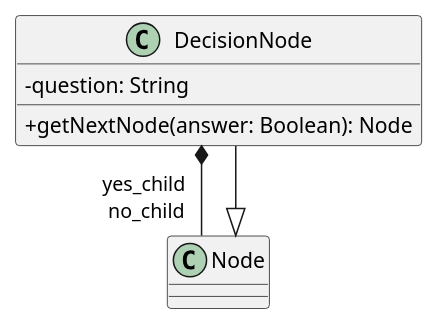
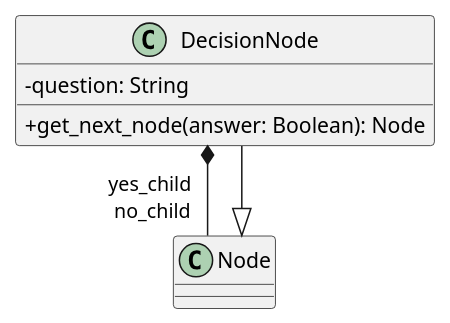
One commit to GroupRubberDuck/Documentazione changed the diagram in src/PB/DocumentazioneEsterna/Specifica_Tecnica/content/uml/puml/Diagrammi_classi/Dominio/DecisionNode.puml. Above: the diagram before and after it, drawn with PlantUML. The commit also changed 6 other files, not shown here.

```diff
--- a/src/PB/DocumentazioneEsterna/Specifica_Tecnica/content/uml/puml/Diagrammi_classi/Dominio/DecisionNode.puml
+++ b/src/PB/DocumentazioneEsterna/Specifica_Tecnica/content/uml/puml/Diagrammi_classi/Dominio/DecisionNode.puml
@@ -1,12 +1,12 @@
 @startuml DecisionNode
 skinparam linetype ortho
 skinparam classAttributeIconSize 0
 
 class DecisionNode {
     - question: String
-    + getNextNode(answer: Boolean): Node
+    + get_next_node(answer: Boolean): Node
 }
 DecisionNode *--" yes_child \n no_child" Node
 DecisionNode --|> Node
 
 @enduml
```
